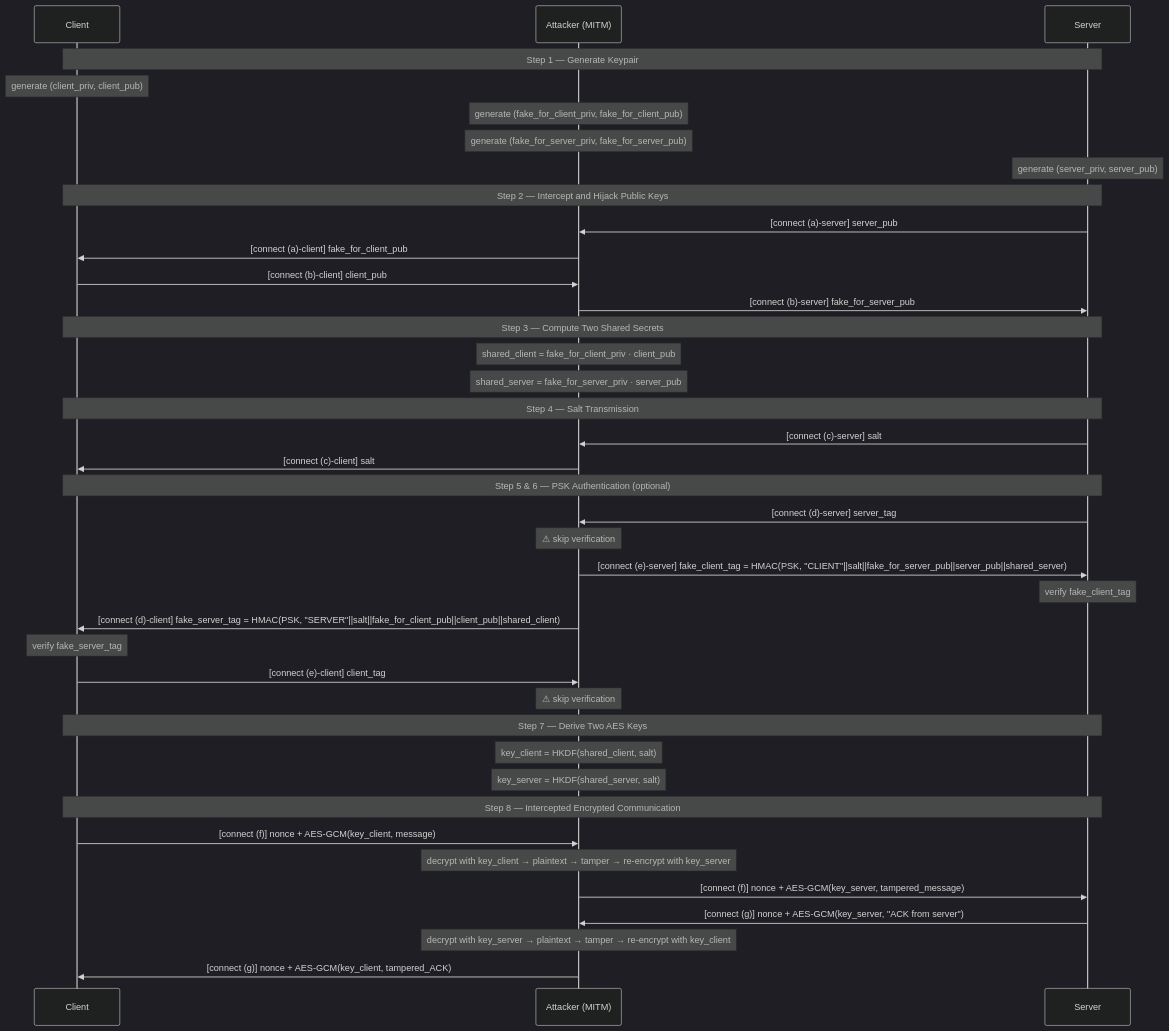
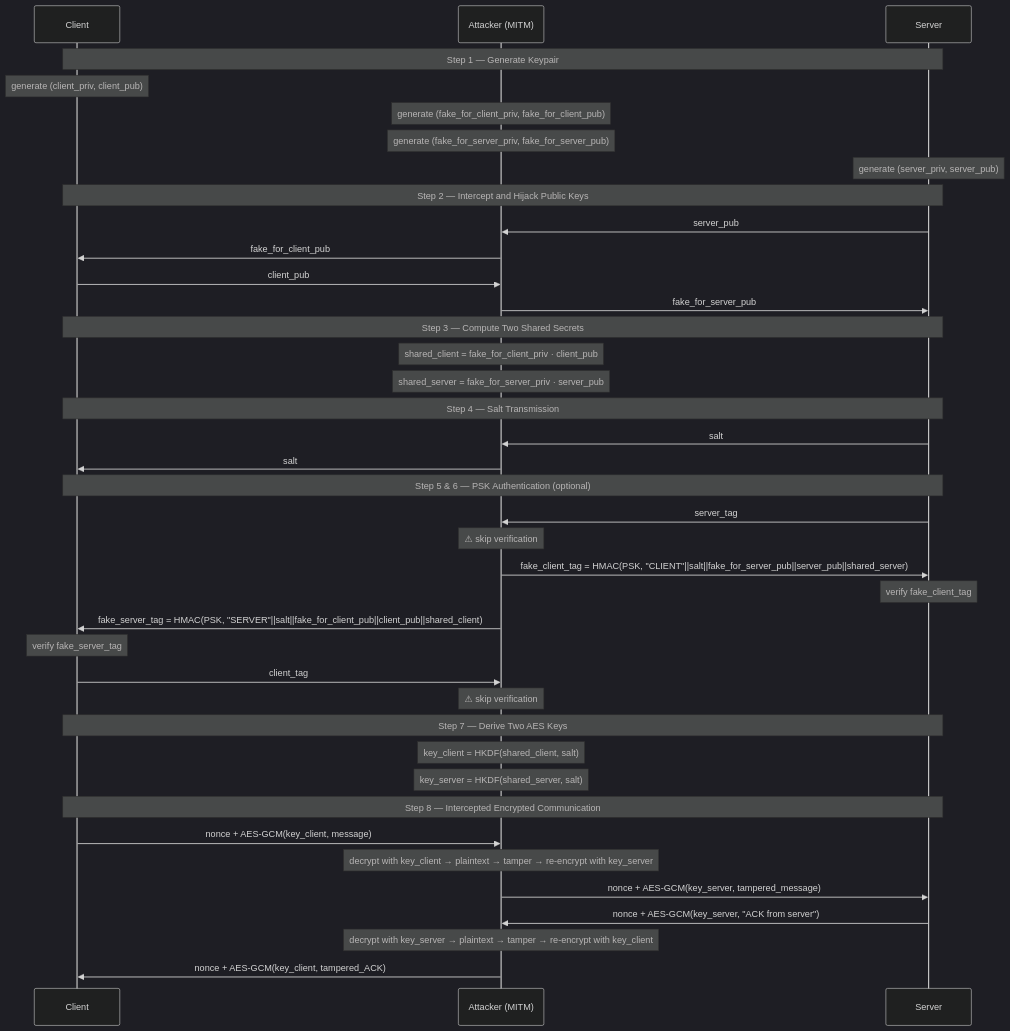
Before and after one commit to hanbo-fan/diffie-hellman-mitm-attack-demo: the second of 2 diagrams in README.md, drawn with Mermaid (dark theme). The commit also changed other lines of this file, not shown here.

````diff
--- a/README.md
+++ b/README.md
@@ -51,48 +51,48 @@
 ```mermaid
 sequenceDiagram
     participant C as Client
     participant M as Attacker (MITM)
     participant S as Server
 
     Note over C,S: Step 1 — Generate Keypair
     Note over C: generate (client_priv, client_pub)
     Note over M: generate (fake_for_client_priv, fake_for_client_pub)
     Note over M: generate (fake_for_server_priv, fake_for_server_pub)
     Note over S: generate (server_priv, server_pub)
 
     Note over C,S: Step 2 — Intercept and Hijack Public Keys
-    S->>M: [connect (a)-server] server_pub
-    M->>C: [connect (a)-client] fake_for_client_pub
-    C->>M: [connect (b)-client] client_pub
-    M->>S: [connect (b)-server] fake_for_server_pub
+    S->>M: server_pub
+    M->>C: fake_for_client_pub
+    C->>M: client_pub
+    M->>S: fake_for_server_pub
 
     Note over C,S: Step 3 — Compute Two Shared Secrets
     Note over M: shared_client = fake_for_client_priv · client_pub
     Note over M: shared_server = fake_for_server_priv · server_pub
 
     Note over C,S: Step 4 — Salt Transmission
-    S->>M: [connect (c)-server] salt
-    M->>C: [connect (c)-client] salt
+    S->>M: salt
+    M->>C: salt
 
     Note over C,S: Step 5 & 6 — PSK Authentication (optional)
-    S->>M: [connect (d)-server] server_tag
+    S->>M: server_tag
     Note over M: ⚠ skip verification
-    M->>S: [connect (e)-server] fake_client_tag = HMAC(PSK, "CLIENT"||salt||fake_for_server_pub||server_pub||shared_server)
+    M->>S: fake_client_tag = HMAC(PSK, "CLIENT"||salt||fake_for_server_pub||server_pub||shared_server)
     Note over S: verify fake_client_tag
-    M->>C: [connect (d)-client] fake_server_tag = HMAC(PSK, "SERVER"||salt||fake_for_client_pub||client_pub||shared_client)
+    M->>C: fake_server_tag = HMAC(PSK, "SERVER"||salt||fake_for_client_pub||client_pub||shared_client)
     Note over C: verify fake_server_tag
-    C->>M: [connect (e)-client] client_tag
+    C->>M: client_tag
     Note over M: ⚠ skip verification
 
     Note over C,S: Step 7 — Derive Two AES Keys
     Note over M: key_client = HKDF(shared_client, salt)
     Note over M: key_server = HKDF(shared_server, salt)
 
     Note over C,S: Step 8 — Intercepted Encrypted Communication
-    C->>M: [connect (f)] nonce + AES-GCM(key_client, message)
+    C->>M: nonce + AES-GCM(key_client, message)
     Note over M: decrypt with key_client → plaintext → tamper → re-encrypt with key_server
-    M->>S: [connect (f)] nonce + AES-GCM(key_server, tampered_message)
-    S->>M: [connect (g)] nonce + AES-GCM(key_server, "ACK from server")
+    M->>S: nonce + AES-GCM(key_server, tampered_message)
+    S->>M: nonce + AES-GCM(key_server, "ACK from server")
     Note over M: decrypt with key_server → plaintext → tamper → re-encrypt with key_client
-    M->>C: [connect (g)] nonce + AES-GCM(key_client, tampered_ACK)
+    M->>C: nonce + AES-GCM(key_client, tampered_ACK)
 ```
````
